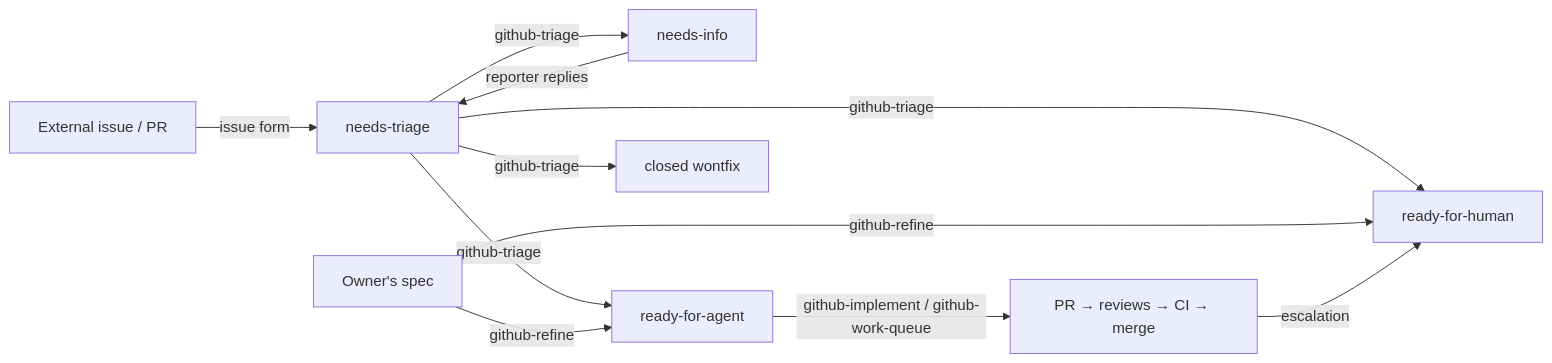
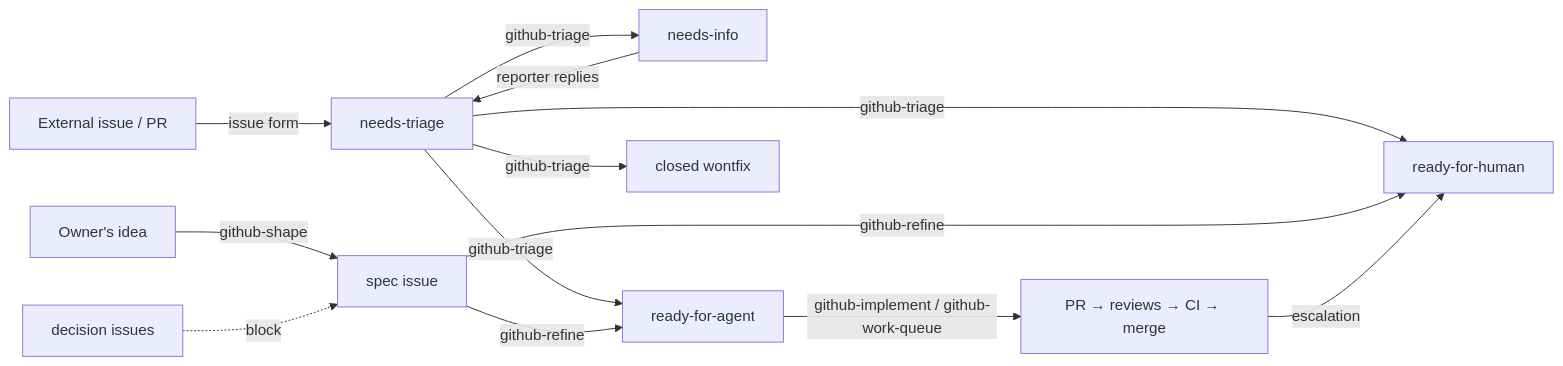
The diagram in README.md (alvaromongon/claude-config), drawn with Mermaid before and after one commit. The commit also changed other lines of this file and 10 other files, not shown here.

First line of the commit message:
feat: add github-shape, the shaping step before refinement (#3)

````diff
--- a/README.md
+++ b/README.md
@@ -92,13 +94,15 @@
 ```mermaid
 flowchart LR
   ext[External issue / PR] -->|issue form| nt[needs-triage]
   nt -->|github-triage| ni[needs-info]
   ni -->|reporter replies| nt
   nt -->|github-triage| rfa[ready-for-agent]
   nt -->|github-triage| rfh[ready-for-human]
   nt -->|github-triage| wf[closed wontfix]
-  spec[Owner's spec] -->|github-refine| rfa
+  idea[Owner's idea] -->|github-shape| spec[spec issue]
+  dec[decision issues] -.->|block| spec
+  spec -->|github-refine| rfa
   spec -->|github-refine| rfh
   rfa -->|github-implement / github-work-queue| pr[PR → reviews → CI → merge]
   pr -->|escalation| rfh
 ```
````
